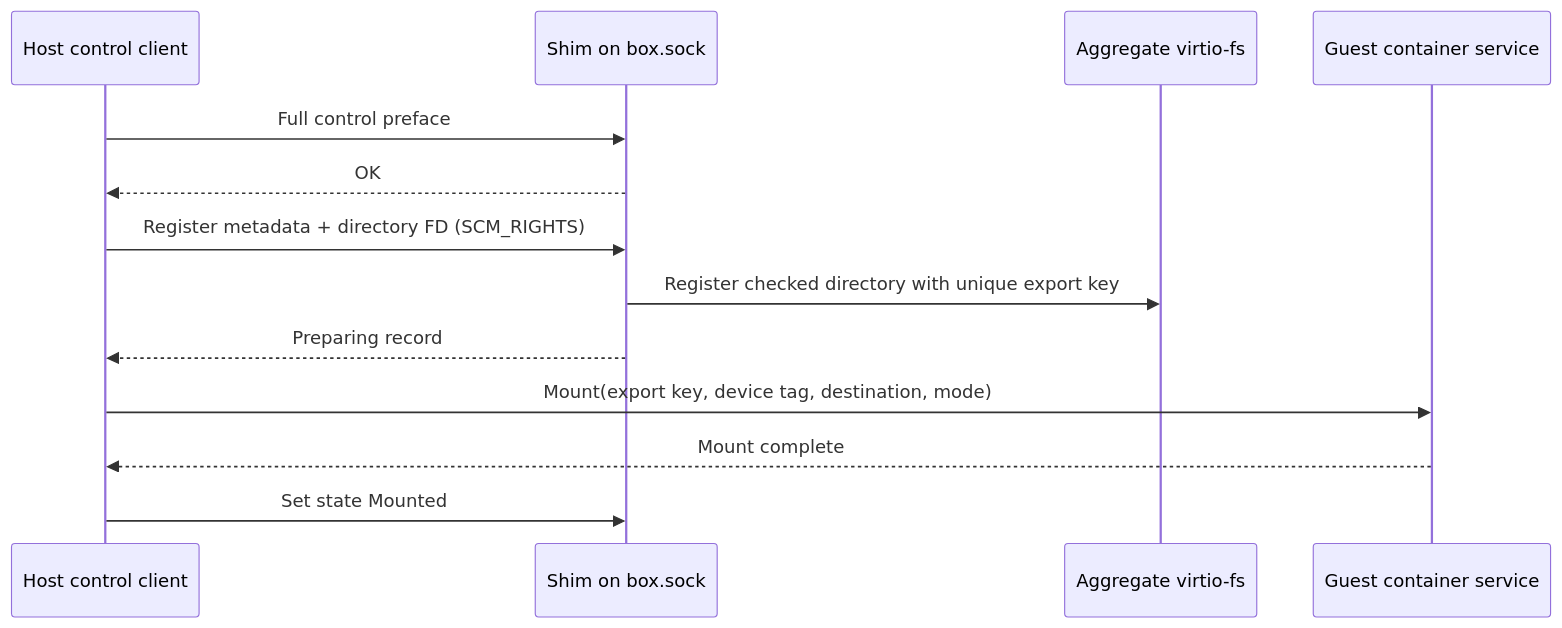
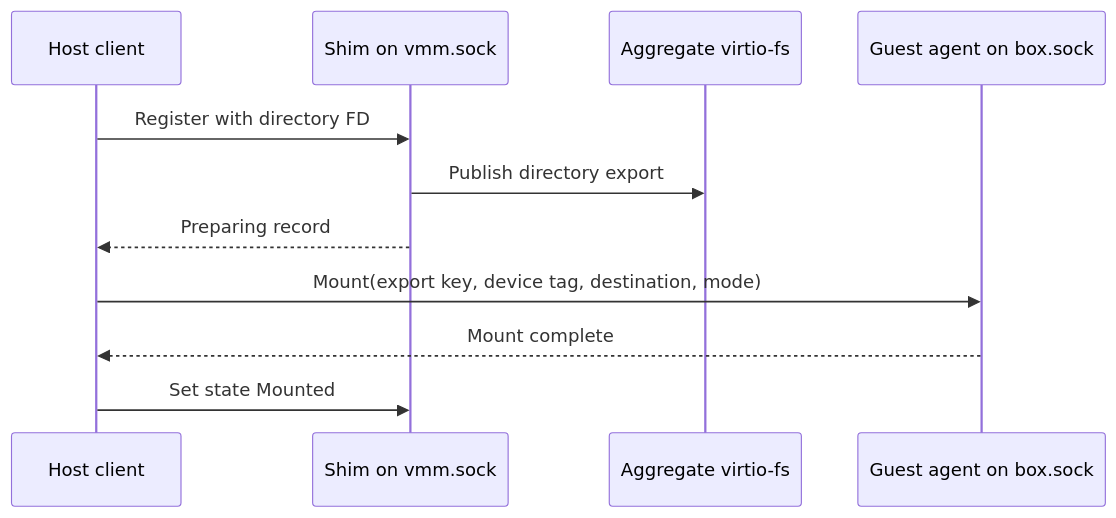
Before and after one commit to boxlite-ai/boxlite: the first of 2 diagrams in src/vmm/README.md, drawn with Mermaid. The commit also changed other lines of this file and 31 other files, not shown here.

First line of the commit message:
refactor(mounts): reuse vmm.sock for directory delivery

````diff
--- a/src/vmm/README.md
+++ b/src/vmm/README.md
@@ -91,15 +89,13 @@
 ```mermaid
 sequenceDiagram
-    participant Host as Host control client
-    participant Shim as Shim on box.sock
+    participant Host as Host client
+    participant Shim as Shim on vmm.sock
     participant FS as Aggregate virtio-fs
-    participant Guest as Guest container service
-    Host->>Shim: Full control preface
-    Shim-->>Host: OK
-    Host->>Shim: Register metadata + directory FD (SCM_RIGHTS)
-    Shim->>FS: Register checked directory with unique export key
+    participant Guest as Guest agent on box.sock
+    Host->>Shim: Register with directory FD
+    Shim->>FS: Publish directory export
     Shim-->>Host: Preparing record
     Host->>Guest: Mount(export key, device tag, destination, mode)
     Guest-->>Host: Mount complete
     Host->>Shim: Set state Mounted
 ```
````
